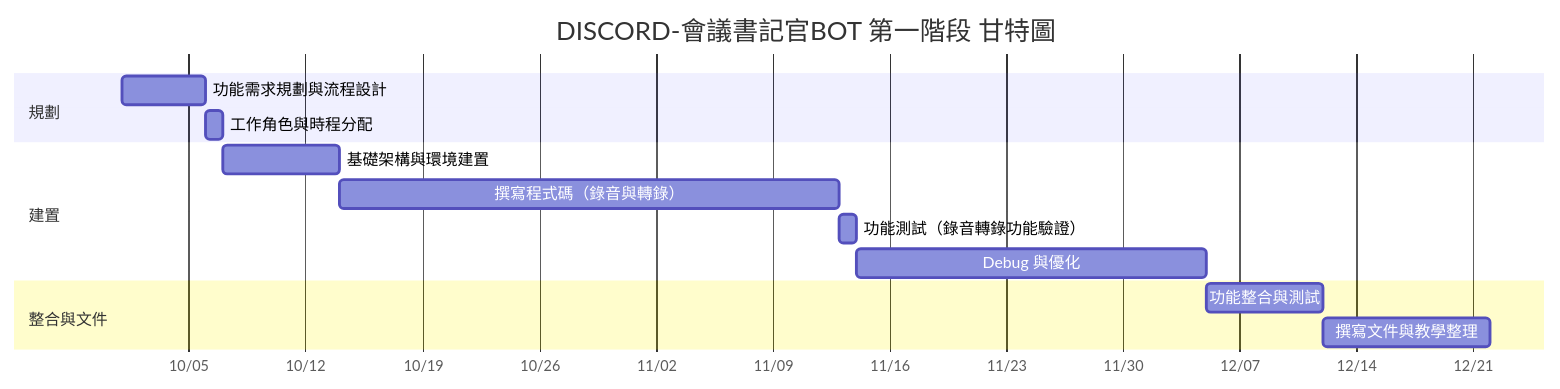
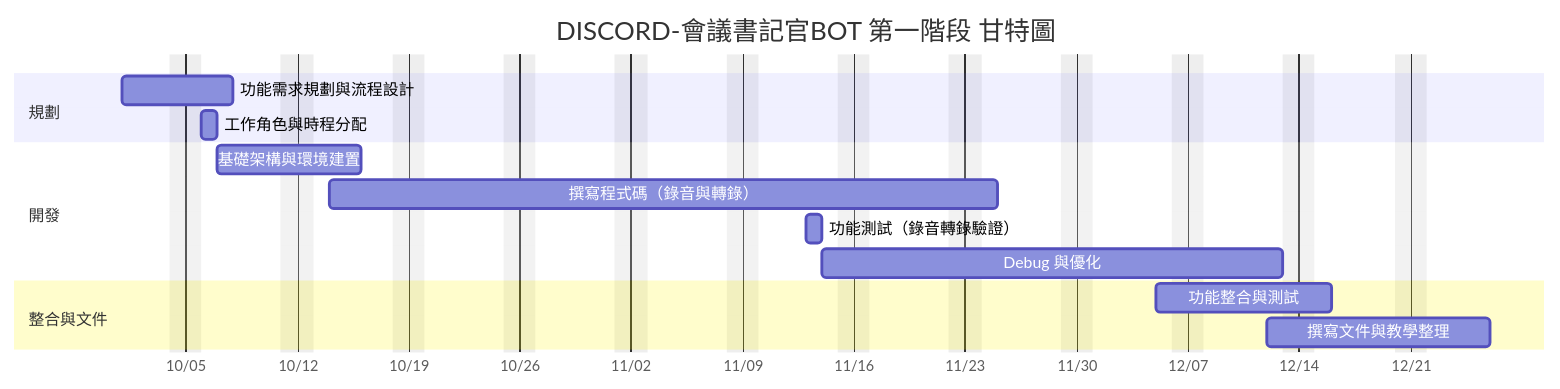
The second of 2 diagrams in 工作分配和進度規劃.md (C112118249/Group-8), drawn with Mermaid before and after one commit.

````diff
--- a/工作分配和進度規劃.md
+++ b/工作分配和進度規劃.md
@@ -43,24 +43,29 @@
 ```mermaid
+
 
 
 gantt
     title DISCORD-會議書記官BOT 第一階段 甘特圖
     dateFormat  YYYY-MM-DD
     axisFormat  %m/%d
+    excludes    weekends
 
+    %% 規劃階段
     section 規劃
     功能需求規劃與流程設計       :des1, 2025-10-01, 5d
     工作角色與時程分配           :des2, 2025-10-06, 1d
 
-    section 建置
+    %% 建置階段
+    section 開發
     基礎架構與環境建置           :des3, 2025-10-07, 7d
     撰寫程式碼（錄音與轉錄）     :des4, 2025-10-14, 30d
-    功能測試（錄音轉錄功能驗證） :des5, 2025-11-13, 1d
+    功能測試（錄音轉錄驗證）     :des5, 2025-11-13, 1d
     Debug 與優化                 :des6, 2025-11-14, 21d
 
+    %% 整合與文件
     section 整合與文件
     功能整合與測試               :des7, 2025-12-05, 7d
     撰寫文件與教學整理           :des8, 2025-12-12, 10d
 
 
 ``` 
````
